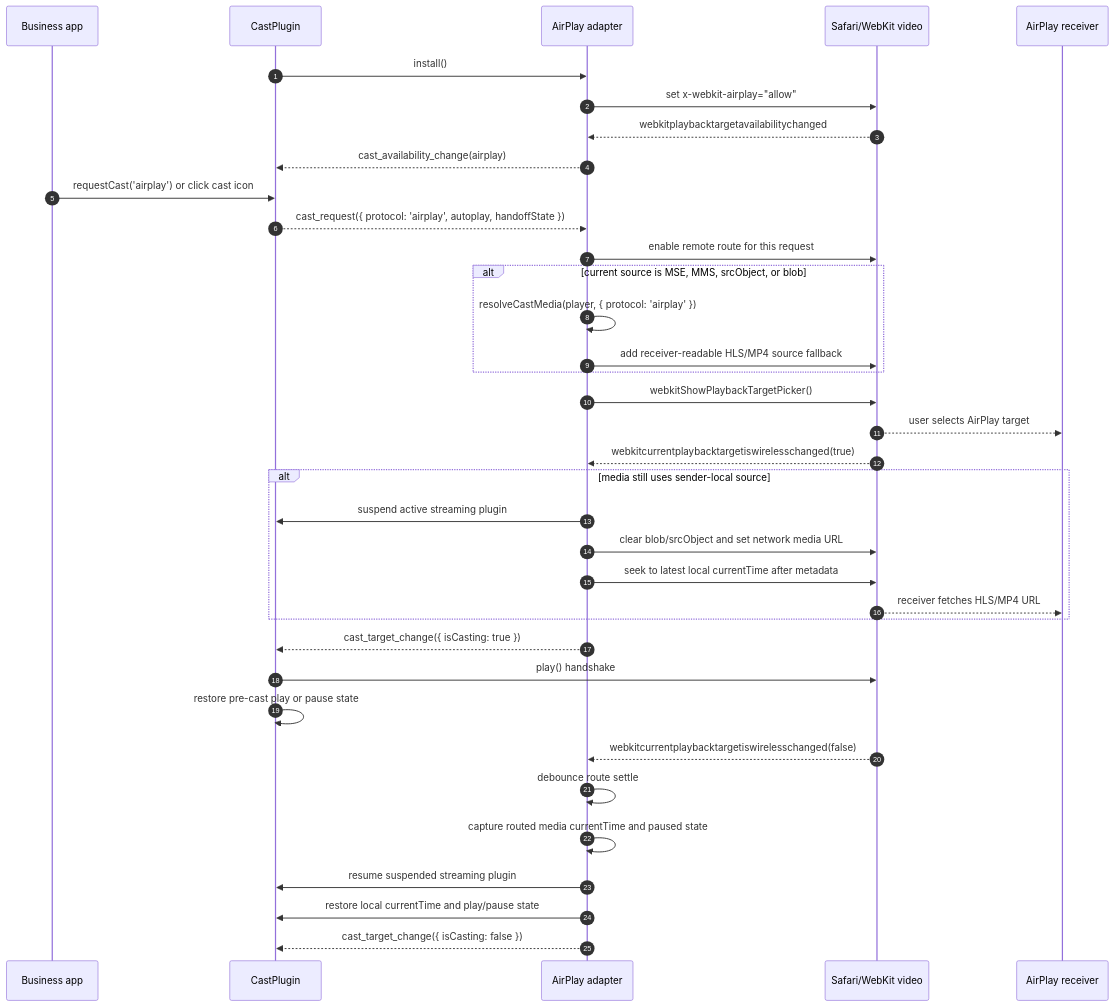
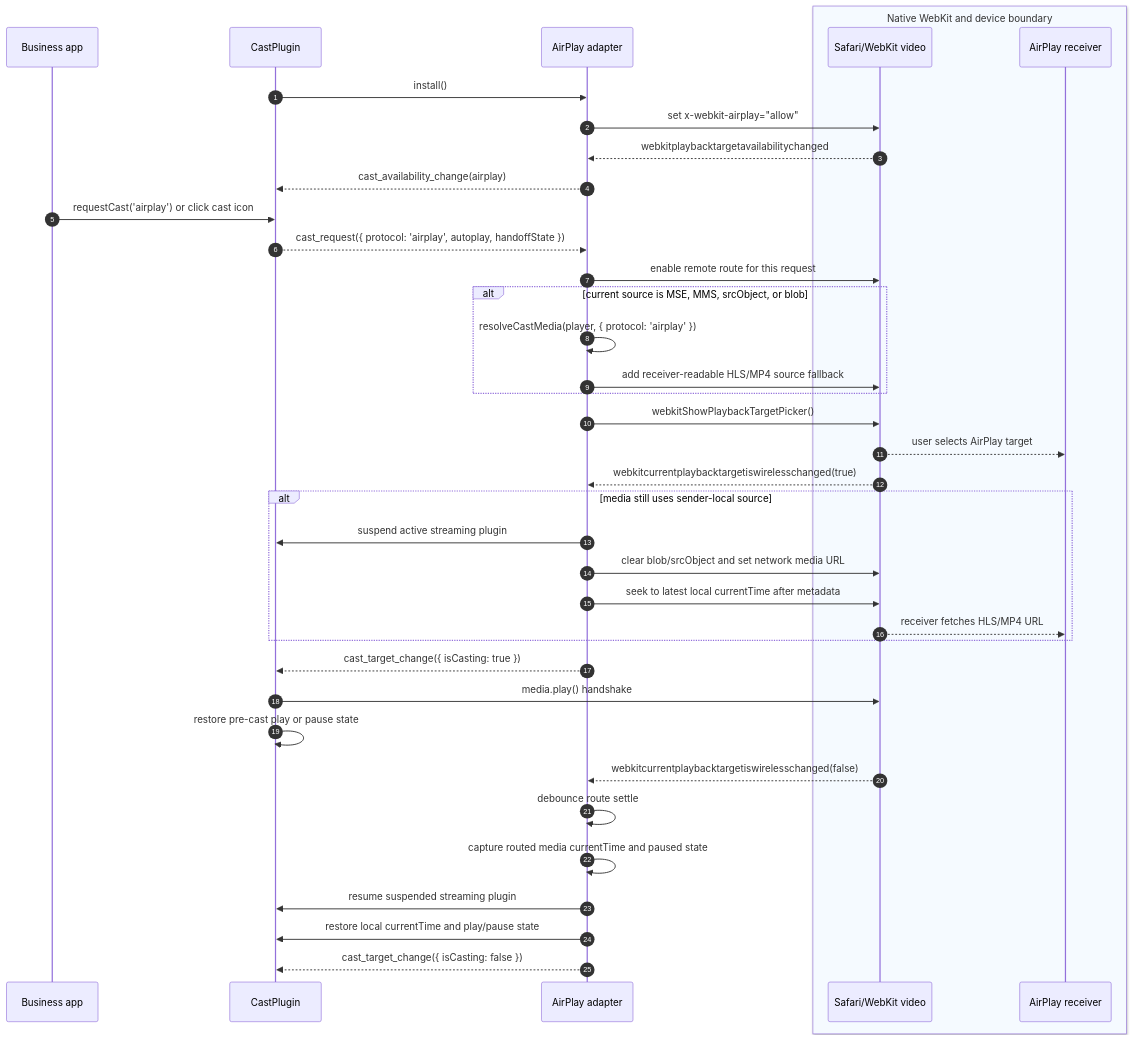
Before and after one commit to bytedance/xgplayer: the second of 2 diagrams in packages/xgplayer-cast/README.md, drawn with Mermaid. The commit also changed other lines of this file and 7 other files, not shown here.

First line of the commit message:
fix(cast): restore local MSE after AirPlay exit

````diff
--- a/packages/xgplayer-cast/README.md
+++ b/packages/xgplayer-cast/README.md
@@ -214,45 +220,47 @@
 ```mermaid
 sequenceDiagram
   autonumber
   participant App as Business app
   participant Plugin as CastPlugin
   participant AirPlay as AirPlay adapter
-  participant WebKit as Safari/WebKit video
-  participant Receiver as AirPlay receiver
+  box rgb(245, 250, 255) Native WebKit and device boundary
+    participant WebKit as Safari/WebKit video
+    participant Receiver as AirPlay receiver
+  end
 
   Plugin->>AirPlay: install()
   AirPlay->>WebKit: set x-webkit-airplay="allow"
   WebKit-->>AirPlay: webkitplaybacktargetavailabilitychanged
   AirPlay-->>Plugin: cast_availability_change(airplay)
 
   App->>Plugin: requestCast('airplay') or click cast icon
   Plugin-->>AirPlay: cast_request({ protocol: 'airplay', autoplay, handoffState })
   AirPlay->>WebKit: enable remote route for this request
 
   alt current source is MSE, MMS, srcObject, or blob
     AirPlay->>AirPlay: resolveCastMedia(player, { protocol: 'airplay' })
     AirPlay->>WebKit: add receiver-readable HLS/MP4 source fallback
   end
 
   AirPlay->>WebKit: webkitShowPlaybackTargetPicker()
   WebKit-->>Receiver: user selects AirPlay target
   WebKit-->>AirPlay: webkitcurrentplaybacktargetiswirelesschanged(true)
 
   alt media still uses sender-local source
     AirPlay->>Plugin: suspend active streaming plugin
     AirPlay->>WebKit: clear blob/srcObject and set network media URL
     AirPlay->>WebKit: seek to latest local currentTime after metadata
     WebKit-->>Receiver: receiver fetches HLS/MP4 URL
   end
 
   AirPlay-->>Plugin: cast_target_change({ isCasting: true })
-  Plugin->>WebKit: play() handshake
+  Plugin->>WebKit: media.play() handshake
   Plugin->>Plugin: restore pre-cast play or pause state
 
   WebKit-->>AirPlay: webkitcurrentplaybacktargetiswirelesschanged(false)
   AirPlay->>AirPlay: debounce route settle
   AirPlay->>AirPlay: capture routed media currentTime and paused state
   AirPlay->>Plugin: resume suspended streaming plugin
   AirPlay->>Plugin: restore local currentTime and play/pause state
   AirPlay-->>Plugin: cast_target_change({ isCasting: false })
 ```
````
